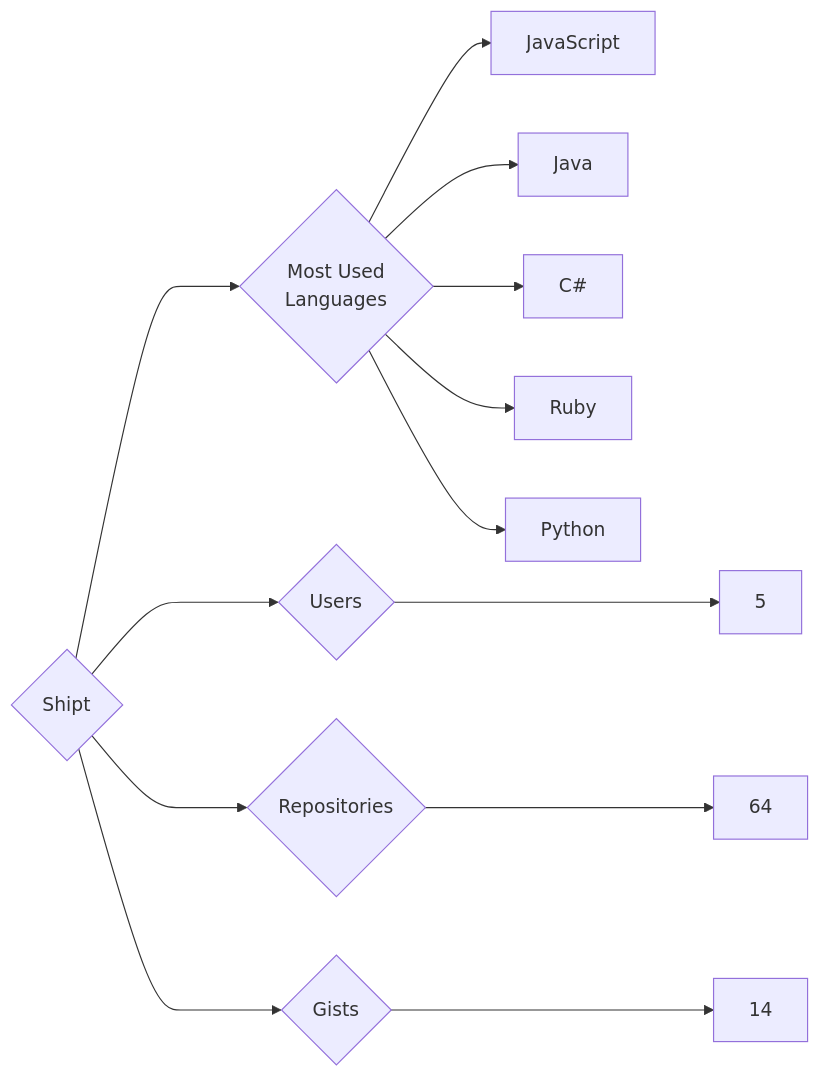
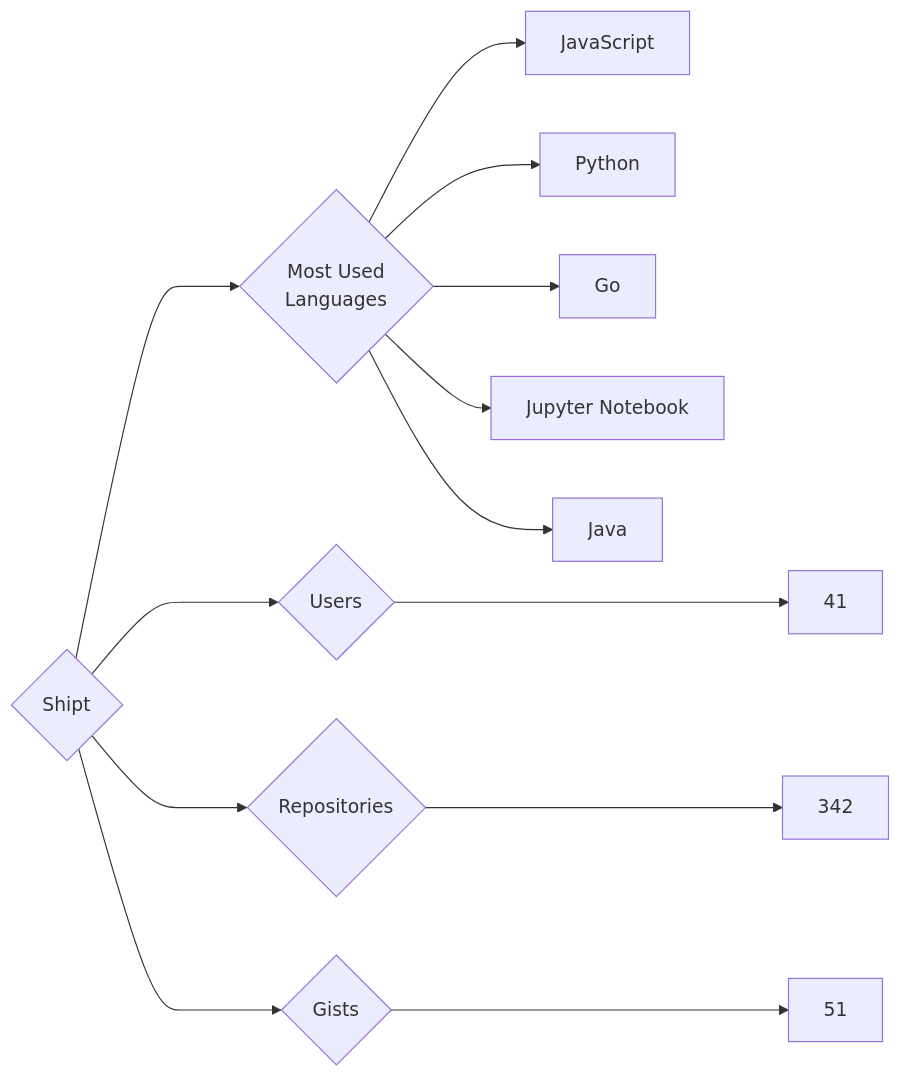
The diagram in targets/Shipt/README.md (trickest/insiders), drawn with Mermaid before and after one commit. The commit also changed 972 other files, not shown here.

````diff
--- a/targets/Shipt/README.md
+++ b/targets/Shipt/README.md
@@ -3,13 +3,13 @@
 ```mermaid
 graph LR
 COMPANY_NAME{Shipt}
-COMPANY_NAME ---> U{Users} ---> UN[5]
-COMPANY_NAME ---> R{Repositories} ---> RN[64]
-COMPANY_NAME ---> G{Gists} ---> GN[14]
+COMPANY_NAME ---> U{Users} ---> UN[41]
+COMPANY_NAME ---> R{Repositories} ---> RN[342]
+COMPANY_NAME ---> G{Gists} ---> GN[51]
 COMPANY_NAME ---> ML{Most Used<br>Languages}
 ML --> JavaScript[JavaScript]
+ML --> Python[Python]
+ML --> Go[Go]
+ML --> Jupyter_Notebook[Jupyter Notebook]
 ML --> Java[Java]
-ML --> C#[C#]
-ML --> Ruby[Ruby]
-ML --> Python[Python]
 ```
````
